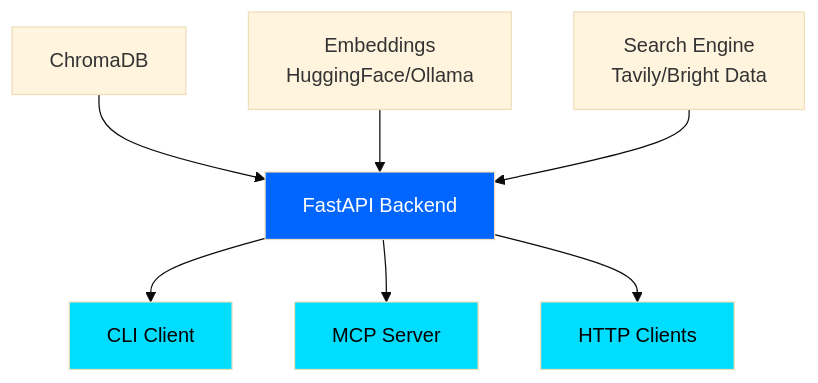
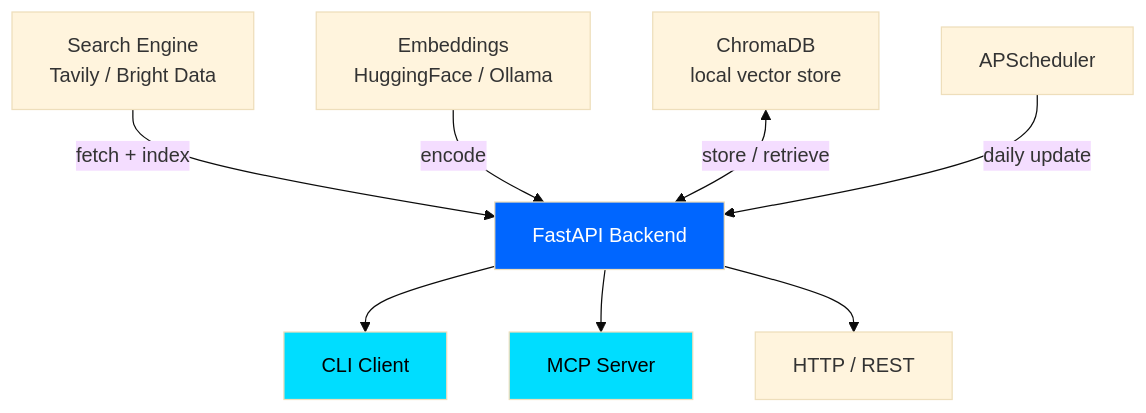
Before and after one commit to Arseni1919/ragy: the diagram in README.md, drawn with Mermaid (base theme). The commit also changed other lines of this file, not shown here.

````diff
--- a/README.md
+++ b/README.md
@@ -499,14 +252,14 @@
 ```mermaid
 graph TD
-    A[ChromaDB] --> B[FastAPI Backend]
-    C[Embeddings<br/>HuggingFace/Ollama] --> B
-    D[Search Engine<br/>Tavily/Bright Data] --> B
+    D[Search Engine<br/>Tavily / Bright Data] -->|fetch + index| B
+    C[Embeddings<br/>HuggingFace / Ollama] -->|encode| B
+    A[ChromaDB<br/>local vector store] <-->|store / retrieve| B[FastAPI Backend]
     B --> E[CLI Client]
     B --> F[MCP Server]
-    B --> G[HTTP Clients]
+    B --> G[HTTP / REST]
+    H[APScheduler] -->|daily update| B
 
     style B fill:#0066FF,color:#fff
     style E fill:#00DDFF,color:#000
     style F fill:#00DDFF,color:#000
-    style G fill:#00DDFF,color:#000
 ```
````
